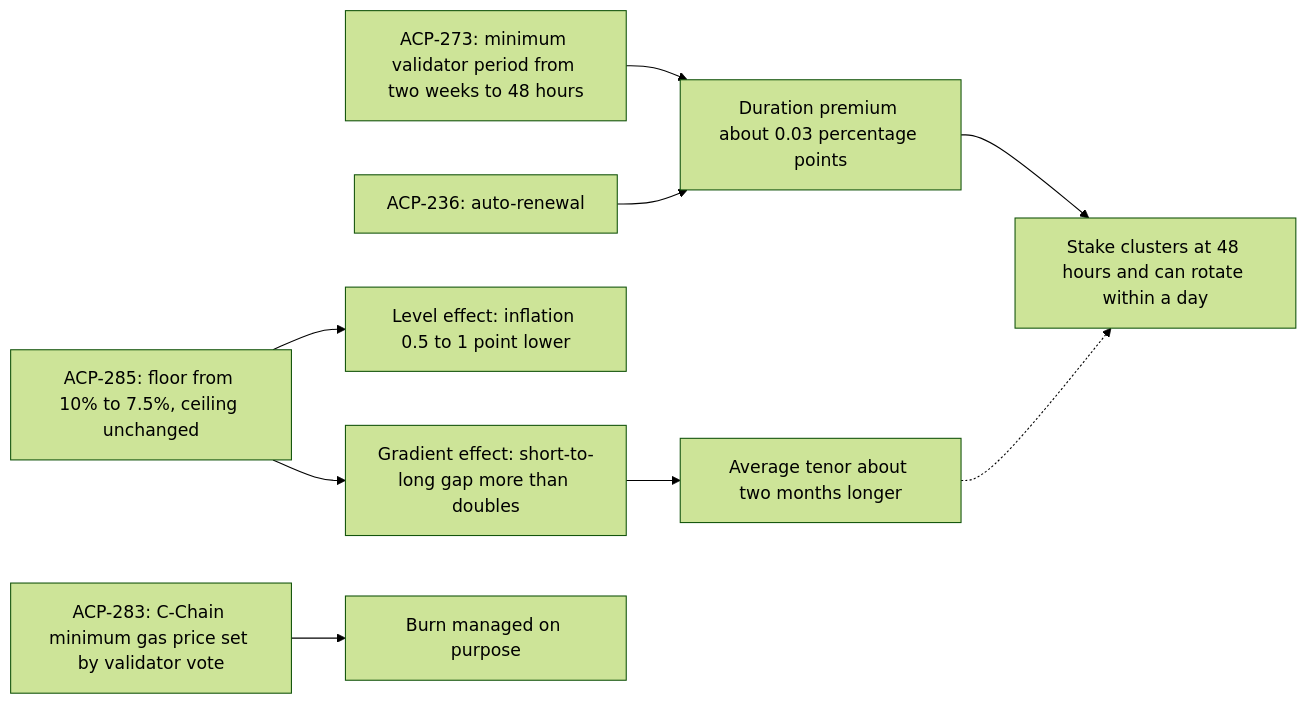
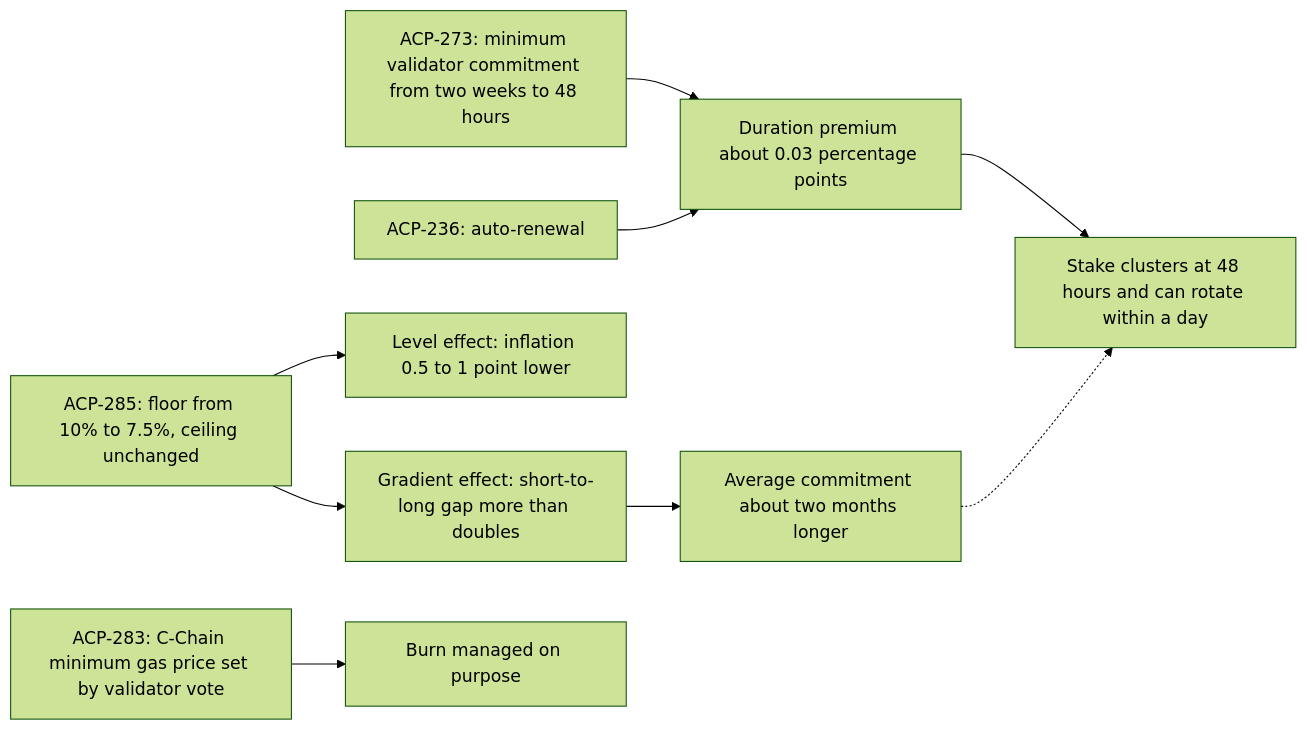
Before and after one commit to bonding-curves/avalanche-phase-ii-research: the diagram in content/Phase II/Wiki/Collections/Essential Readings/From Static Constants to Dynamic Variables Where Avalanches Economics Are Headed/index.md, drawn with Mermaid (forest theme). The commit also changed other lines of this file and 27 other files, not shown here.

````diff
--- a/content/Phase II/Wiki/Collections/Essential Readings/From Static Constants to Dynamic Variables Where Avalanches Economics Are Headed/index.md
+++ b/content/Phase II/Wiki/Collections/Essential Readings/From Static Constants to Dynamic Variables Where Avalanches Economics Are Headed/index.md
@@ -8,11 +16,11 @@
 ```mermaid
 flowchart LR
-  A273["ACP-273: minimum validator period from two weeks to 48 hours"] --> G["Duration premium about 0.03 percentage points"]
+  A273["ACP-273: minimum validator commitment from two weeks to 48 hours"] --> G["Duration premium about 0.03 percentage points"]
   A236["ACP-236: auto-renewal"] --> G
   G --> RISK["Stake clusters at 48 hours and can rotate within a day"]
   A285["ACP-285: floor from 10% to 7.5%, ceiling unchanged"] --> L["Level effect: inflation 0.5 to 1 point lower"]
   A285 --> GR["Gradient effect: short-to-long gap more than doubles"]
-  GR --> T["Average tenor about two months longer"]
+  GR --> T["Average commitment about two months longer"]
   T -.-> RISK
   A283["ACP-283: C-Chain minimum gas price set by validator vote"] --> B["Burn managed on purpose"]
 ```
````
